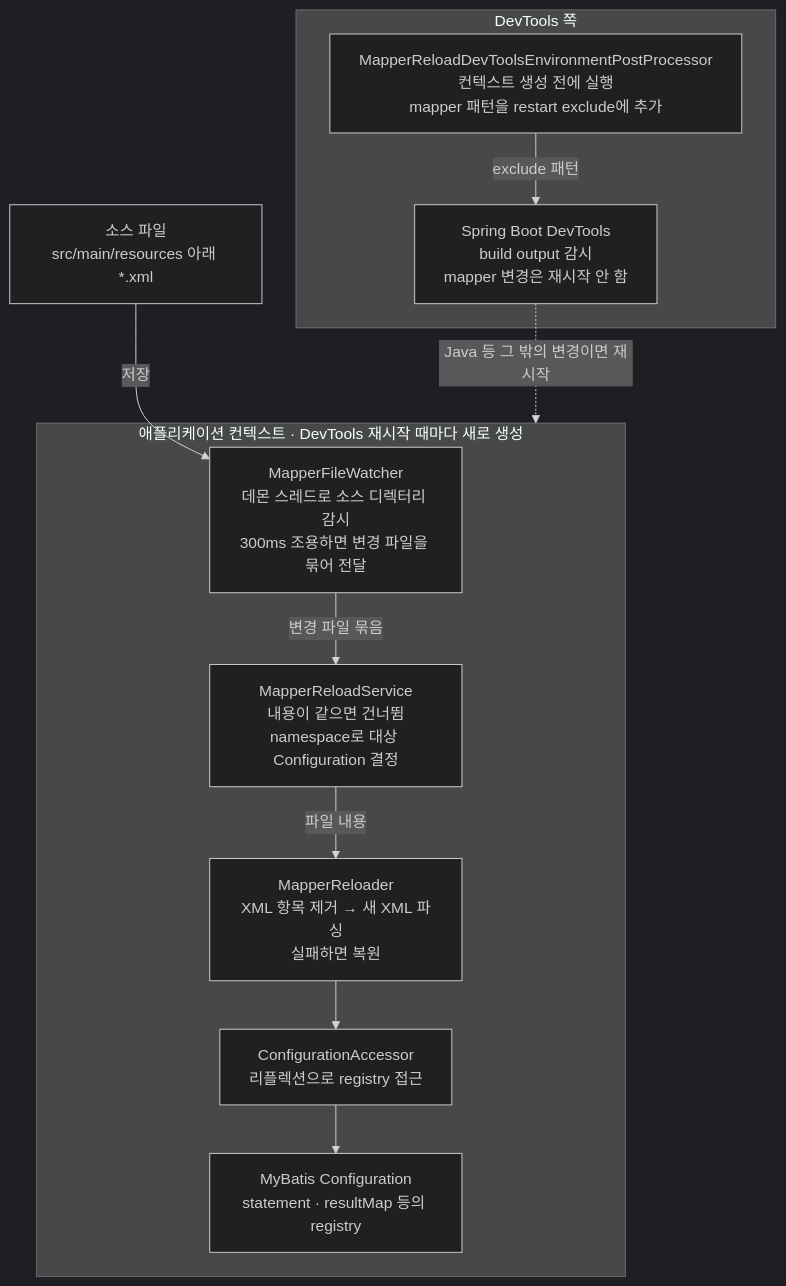
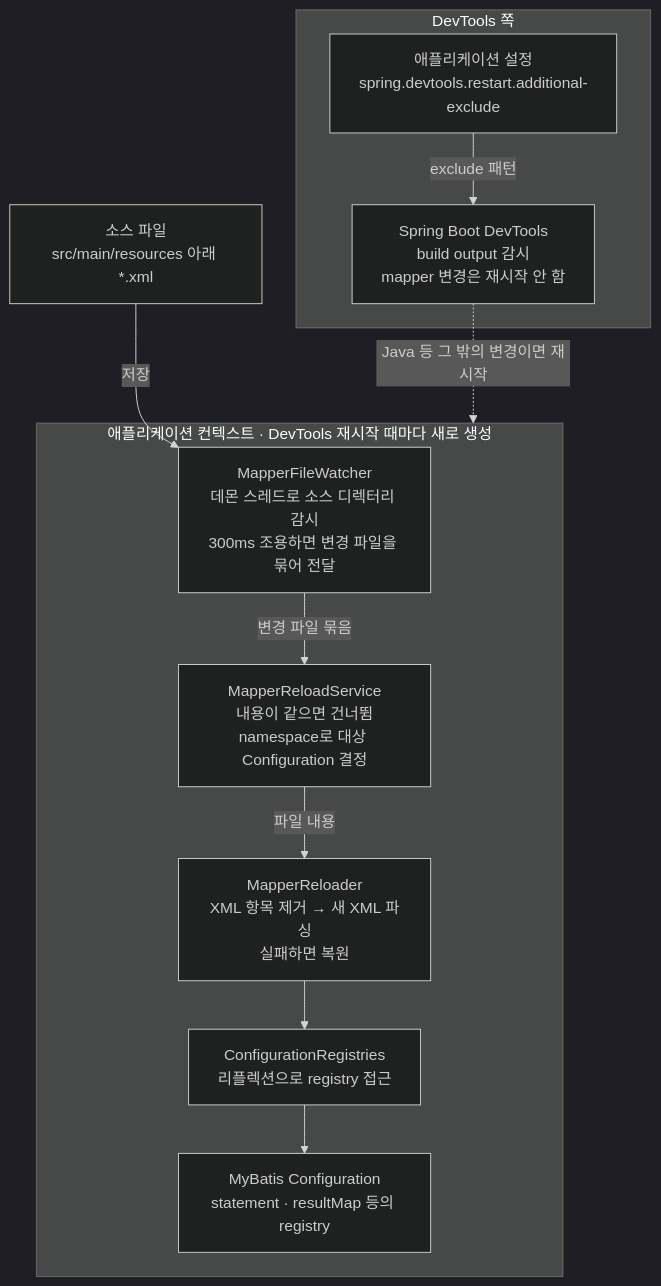
Before and after one commit to Feedbaek/Framework-Research: the first of 2 diagrams in mybatis-devtools-reload/docs/mapper-reload-architecture.md, drawn with Mermaid (dark theme). The commit also changed other lines of this file and 13 other files, not shown here.

````diff
--- a/mybatis-devtools-reload/docs/mapper-reload-architecture.md
+++ b/mybatis-devtools-reload/docs/mapper-reload-architecture.md
@@ -55,25 +55,25 @@
 ```mermaid
 flowchart TB
   src["소스 파일<br/>src/main/resources 아래 *.xml"]
 
   subgraph ctx["애플리케이션 컨텍스트 · DevTools 재시작 때마다 새로 생성"]
     watcher["MapperFileWatcher<br/>데몬 스레드로 소스 디렉터리 감시<br/>300ms 조용하면 변경 파일을 묶어 전달"]
     service["MapperReloadService<br/>내용이 같으면 건너뜀<br/>namespace로 대상 Configuration 결정"]
     reloader["MapperReloader<br/>XML 항목 제거 → 새 XML 파싱<br/>실패하면 복원"]
-    accessor["ConfigurationAccessor<br/>리플렉션으로 registry 접근"]
+    registries["ConfigurationRegistries<br/>리플렉션으로 registry 접근"]
     config["MyBatis Configuration<br/>statement · resultMap 등의 registry"]
   end
 
   subgraph dev["DevTools 쪽"]
-    epp["MapperReloadDevToolsEnvironmentPostProcessor<br/>컨텍스트 생성 전에 실행<br/>mapper 패턴을 restart exclude에 추가"]
+    yml["애플리케이션 설정<br/>spring.devtools.restart.additional-exclude"]
     devtools["Spring Boot DevTools<br/>build output 감시<br/>mapper 변경은 재시작 안 함"]
   end
 
   src -- "저장" --> watcher
   watcher -- "변경 파일 묶음" --> service
   service -- "파일 내용" --> reloader
-  reloader --> accessor
-  accessor --> config
-  epp -- "exclude 패턴" --> devtools
+  reloader --> registries
+  registries --> config
+  yml -- "exclude 패턴" --> devtools
   devtools -. "Java 등 그 밖의 변경이면 재시작" .-> ctx
 ```
````
